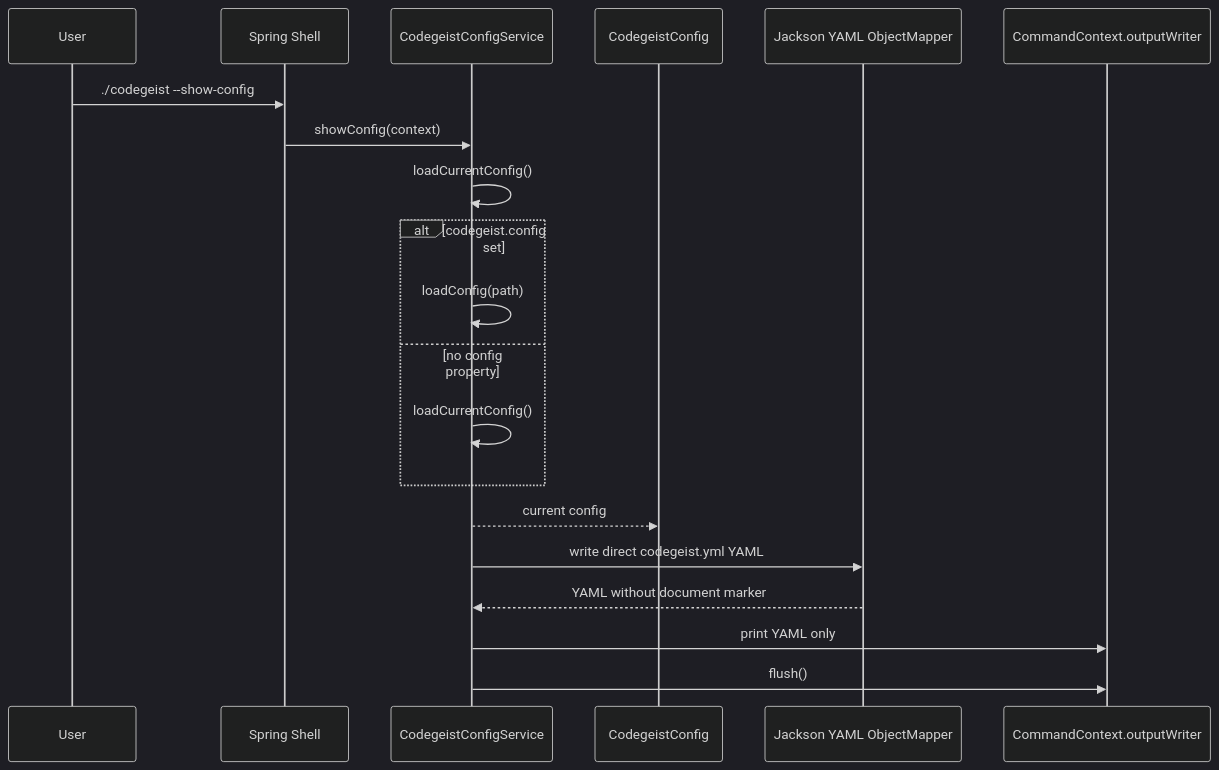
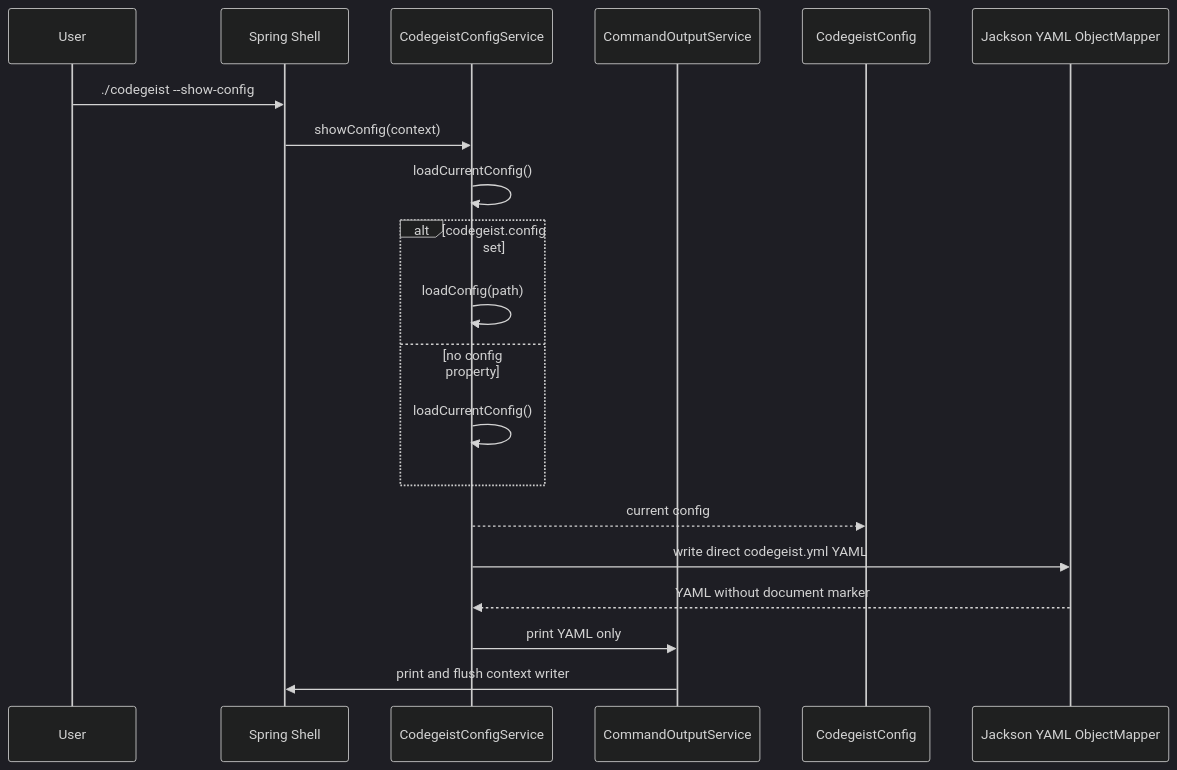
Before and after one commit to codegeist-ai/codegeist: the fifth of 5 diagrams in docs/developer/architecture/provider-configuration.md, drawn with Mermaid (dark theme). The commit also changed other lines of this file and 47 other files, not shown here.

````diff
--- a/docs/developer/architecture/provider-configuration.md
+++ b/docs/developer/architecture/provider-configuration.md
@@ -367,23 +371,23 @@
 ```mermaid
 sequenceDiagram
     participant User as User
     participant Shell as Spring Shell
     participant Service as CodegeistConfigService
+    participant Output as CommandOutputService
     participant Config as CodegeistConfig
     participant Mapper as Jackson YAML ObjectMapper
-    participant Writer as CommandContext.outputWriter
 
     User->>Shell: ./codegeist --show-config
     Shell->>Service: showConfig(context)
     Service->>Service: loadCurrentConfig()
     alt codegeist.config set
         Service->>Service: loadConfig(path)
     else no config property
         Service->>Service: loadCurrentConfig()
     end
     Service-->>Config: current config
     Service->>Mapper: write direct codegeist.yml YAML
     Mapper-->>Service: YAML without document marker
-    Service->>Writer: print YAML only
-    Service->>Writer: flush()
+    Service->>Output: print YAML only
+    Output->>Shell: print and flush context writer
 ```
````
